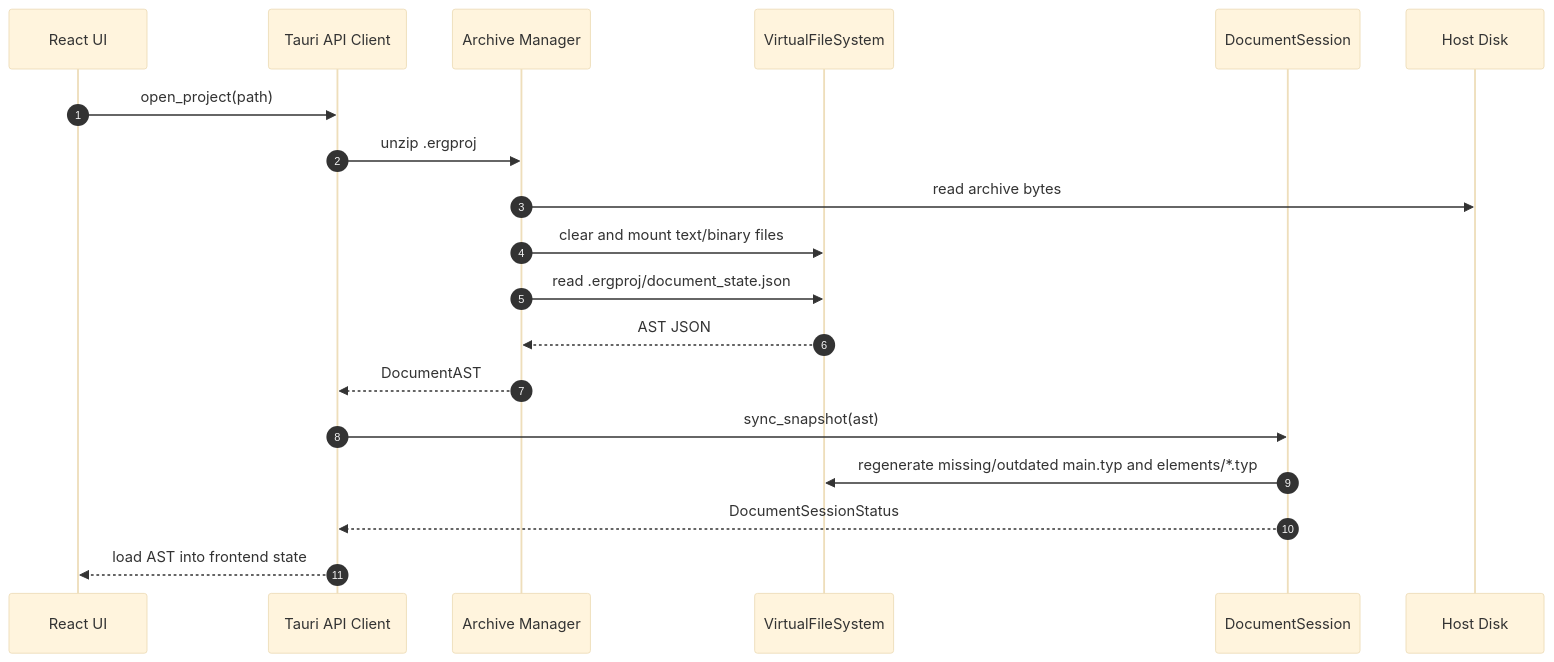
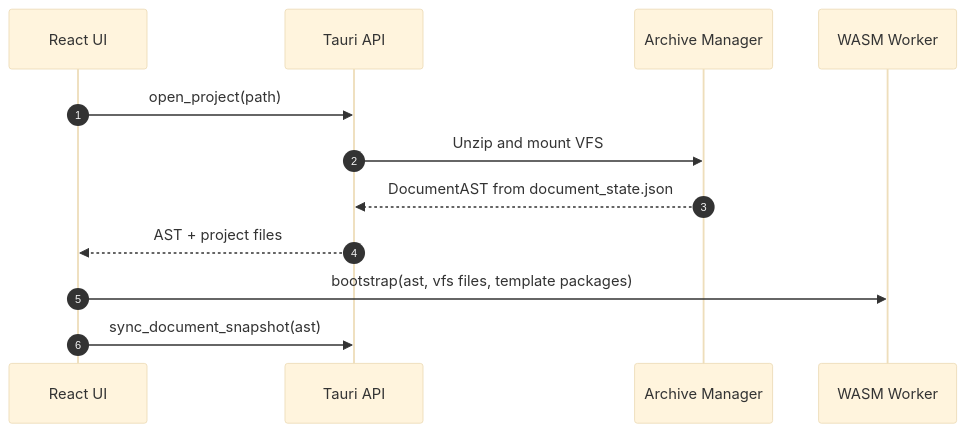
The fourth of 9 diagrams in context/sequence-diagrams.md (andmoreduro/ergo), drawn with Mermaid (base theme) before and after one commit. The commit also changed other lines of this file and 12 other files, not shown here.

````diff
--- a/context/sequence-diagrams.md
+++ b/context/sequence-diagrams.md
@@ -170,24 +84,16 @@
 ```mermaid
 sequenceDiagram
     autonumber
 
     participant UI as React UI
-    participant API as Tauri API Client
+    participant API as Tauri API
     participant Archive as Archive Manager
-    participant VFS as VirtualFileSystem
-    participant Session as DocumentSession
-    participant Disk as Host Disk
+    participant Worker as WASM Worker
 
     UI->>API: open_project(path)
-    API->>Archive: unzip .ergproj
-    Archive->>Disk: read archive bytes
-    Archive->>VFS: clear and mount text/binary files
-    Archive->>VFS: read .ergproj/document_state.json
-    VFS-->>Archive: AST JSON
-    Archive-->>API: DocumentAST
-
-    API->>Session: sync_snapshot(ast)
-    Session->>VFS: regenerate missing/outdated main.typ and elements/*.typ
-    Session-->>API: DocumentSessionStatus
-    API-->>UI: load AST into frontend state
+    API->>Archive: Unzip and mount VFS
+    Archive-->>API: DocumentAST from document_state.json
+    API-->>UI: AST + project files
+    UI->>Worker: bootstrap(ast, vfs files, template packages)
+    UI->>API: sync_document_snapshot(ast)
 ```
````
